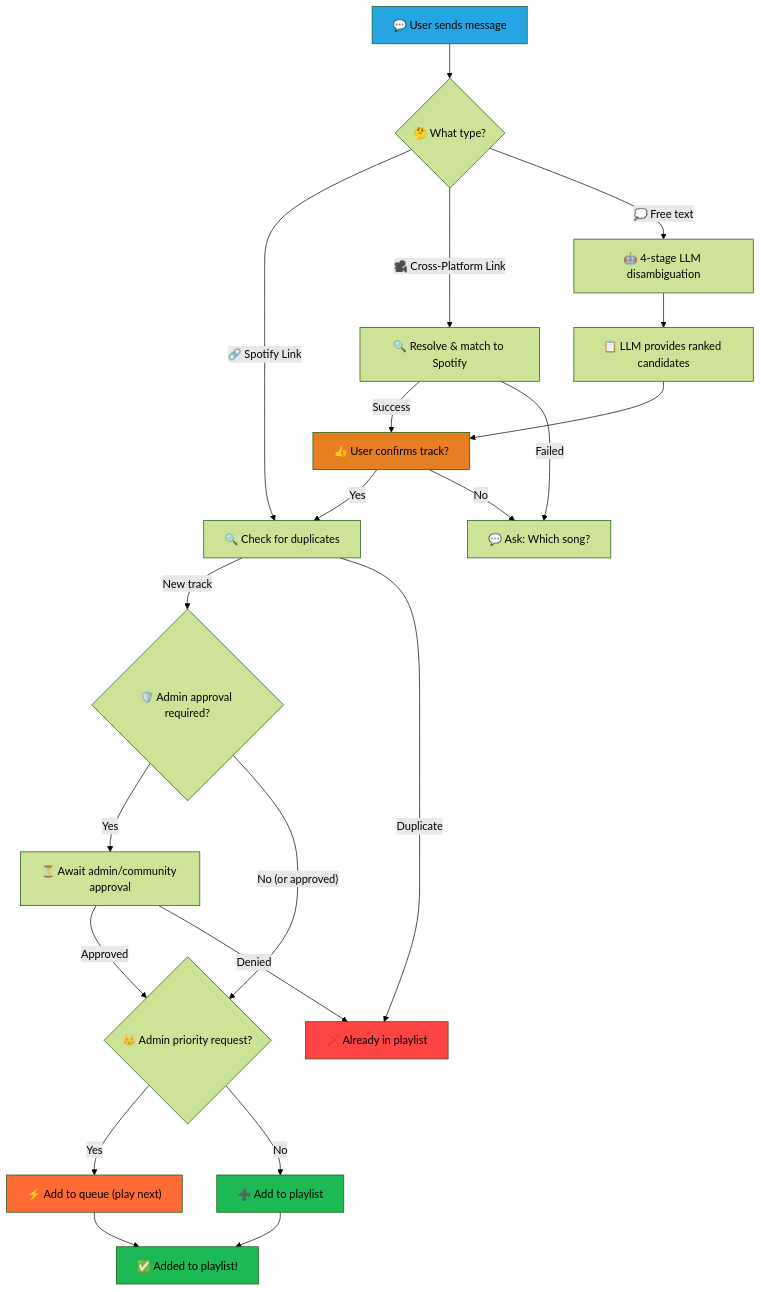
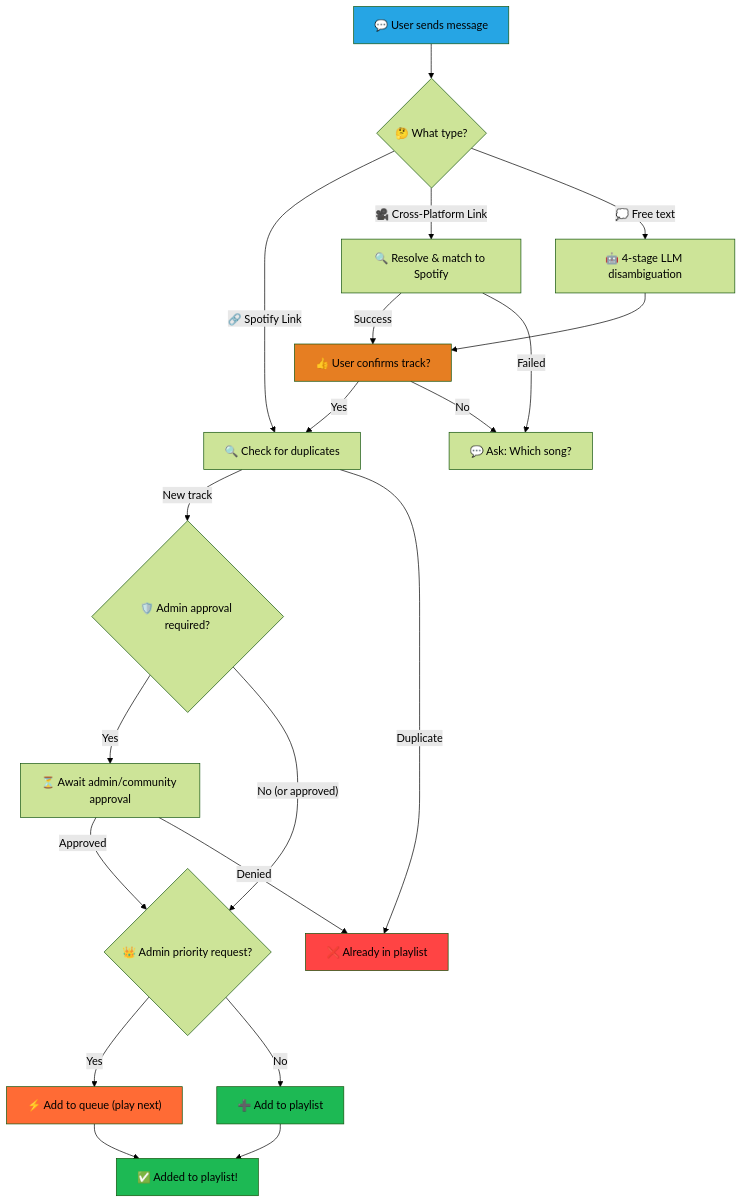
One commit to Enteee/DJAlgoRhythm changed the diagram in README.md. Above: the diagram before and after it, drawn with Mermaid (forest theme).

Commit message:
docs: Remove redundant LLM candidates node from flow diagram
The "LLM provides ranked candidates" step is an implementation detail
that doesn't add clarity to the high-level flow. Users only need to
know that LLM disambiguation leads to confirmation, not the internal
ranking mechanism.

Simplified: E (LLM disambiguation) → CONFIRM directly

🤖 Generated with [Claude Code](https://claude.com/claude-code)

````diff
--- a/README.md
+++ b/README.md
@@ -332,38 +332,37 @@
 ```mermaid
 graph TD
     A["💬 User sends message"] --> B{"🤔 What type?"}
     B -->|"🔗 Spotify Link"| C1["🔍 Check for duplicates"]
     B -->|"🎥 Cross-Platform Link"| C3["🔍 Resolve & match to Spotify"]
     B -->|"💭 Free text"| E["🤖 4-stage LLM disambiguation"]
 
     C3 -->|"Success"| CONFIRM["👍 User confirms track?"]
     C3 -->|"Failed"| D["💬 Ask: Which song?"]
 
     C1 -->|"New track"| C2{"🛡️ Admin approval required?"}
     C1 -->|"Duplicate"| REJECT["❌ Already in playlist"]
 
-    E --> F["📋 LLM provides ranked candidates"]
-    F --> CONFIRM
+    E --> CONFIRM
 
     CONFIRM -->|"Yes"| C1
     CONFIRM -->|"No"| D
 
     C2 -->|"Yes"| ADMIN["⏳ Await admin/community approval"]
     C2 -->|"No (or approved)"| PRIORITY{"👑 Admin priority request?"}
 
     ADMIN -->|"Approved"| PRIORITY
     ADMIN -->|"Denied"| REJECT
 
     PRIORITY -->|"Yes"| QUEUE["⚡ Add to queue (play next)"]
     PRIORITY -->|"No"| PLAYLIST["➕ Add to playlist"]
 
     QUEUE --> J["✅ Priority track queued!"]
     PLAYLIST --> J["✅ Added to playlist!"]
 
     style PLAYLIST fill:#1DB954
     style QUEUE fill:#FF6B35
     style J fill:#1DB954
     style A fill:#26A5E4
     style REJECT fill:#FF4444
     style CONFIRM fill:#E67E22
 ```
````
